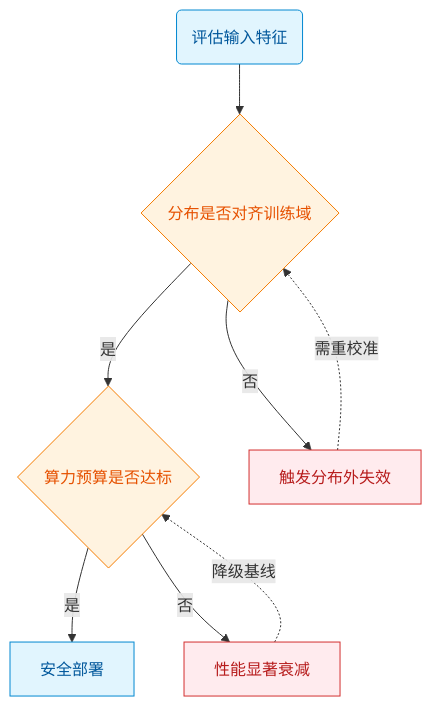
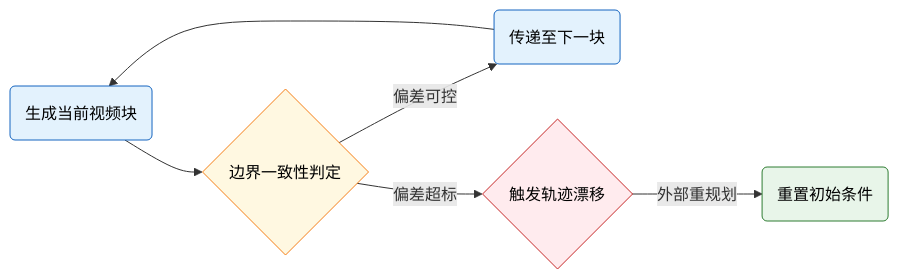
One commit to ShinewineW/paper-rolling changed the ninth of 10 diagrams in person_vault/2026-06-12_WorldSimulationWithVideoFoundationModels_2511.00062/report.md. Above: the diagram before and after it, drawn with Mermaid. The commit also changed other lines of this file and 51 other files, not shown here.

````diff
--- a/person_vault/2026-06-12_WorldSimulationWithVideoFoundationModels_2511.00062/report.md
+++ b/person_vault/2026-06-12_WorldSimulationWithVideoFoundationModels_2511.00062/report.md
@@ -451,15 +793,13 @@
 ```mermaid
-graph TB
-    classDef start fill:#e1f5fe,color:#01579b,stroke:#0288d1
-    classDef decision fill:#fff3e0,color:#e65100,stroke:#f57c00
-    classDef data fill:#e8f5e9,color:#1b5e20,stroke:#388e3c
-    classDef fail fill:#ffebee,color:#b71c1c,stroke:#d32f2f
+flowchart LR
+    classDef proc fill:#e3f2fd,color:#000,stroke:#1565c0
+    classDef gate fill:#fff8e1,color:#000,stroke:#f57f17
+    classDef drift fill:#ffebee,color:#000,stroke:#c62828
+    classDef reset fill:#e8f5e9,color:#000,stroke:#2e7d32
 
-    eval_input(评估输入特征):::start --> check_dist{分布是否对齐训练域}:::decision
-    check_dist -->|是| check_budget{算力预算是否达标}:::decision
-    check_dist -->|否| ood_fail["触发分布外失效"]:::fail
-    check_budget -->|是| apply_method["安全部署"]:::start
-    check_budget -->|否| perf_drop["性能显著衰减"]:::fail
-    ood_fail -.->|需重校准| check_dist
-    perf_drop -.->|降级基线| check_budget
+    gen_block(生成当前视频块):::proc --> check_boundary{边界一致性判定}:::gate
+    check_boundary -->|偏差可控| pass_block(传递至下一块):::proc
+    check_boundary -->|偏差超标| trigger_drift{触发轨迹漂移}:::drift
+    trigger_drift -->|外部重规划| reset_ctx(重置初始条件):::reset
+    pass_block --> gen_block
 ```
````
